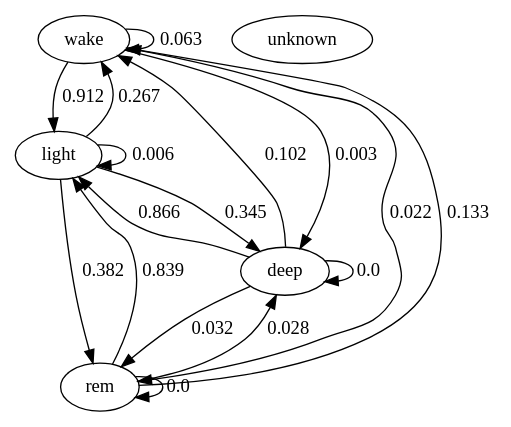
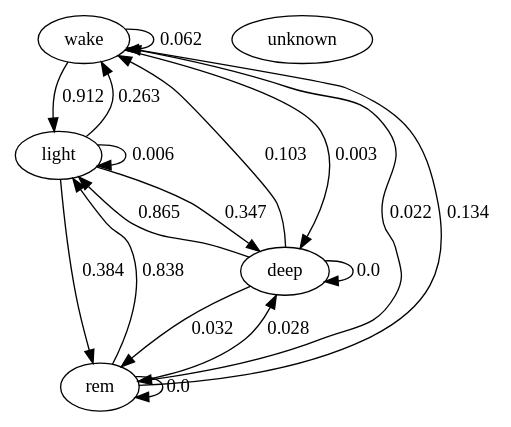
The diagram in outputs/graph_sleep_transitions.dot (slazien/fitbit_analysis), drawn with Graphviz before and after one commit. The commit also changed 3 other files, not shown here.

Commit message:
changed all graphs to plotly

```diff
--- a/outputs/graph_sleep_transitions.dot
+++ b/outputs/graph_sleep_transitions.dot
@@ -1,23 +1,23 @@
 digraph  {
 wake;
 light;
 rem;
 deep;
 unknown;
-wake -> wake  [key=0, label="0.063", weight="0.063"];
+wake -> wake  [key=0, label="0.062", weight="0.062"];
 wake -> light  [key=0, label="0.912", weight="0.912"];
 wake -> rem  [key=0, label="0.022", weight="0.022"];
 wake -> deep  [key=0, label="0.003", weight="0.003"];
-light -> wake  [key=0, label="0.267", weight="0.267"];
+light -> wake  [key=0, label="0.263", weight="0.263"];
 light -> light  [key=0, label="0.006", weight="0.006"];
-light -> rem  [key=0, label="0.382", weight="0.382"];
-light -> deep  [key=0, label="0.345", weight="0.345"];
-rem -> wake  [key=0, label="0.133", weight="0.133"];
-rem -> light  [key=0, label="0.839", weight="0.839"];
+light -> rem  [key=0, label="0.384", weight="0.384"];
+light -> deep  [key=0, label="0.347", weight="0.347"];
+rem -> wake  [key=0, label="0.134", weight="0.134"];
+rem -> light  [key=0, label="0.838", weight="0.838"];
 rem -> rem  [key=0, label="0.0", weight="0.0"];
 rem -> deep  [key=0, label="0.028", weight="0.028"];
-deep -> wake  [key=0, label="0.102", weight="0.102"];
-deep -> light  [key=0, label="0.866", weight="0.866"];
+deep -> wake  [key=0, label="0.103", weight="0.103"];
+deep -> light  [key=0, label="0.865", weight="0.865"];
 deep -> rem  [key=0, label="0.032", weight="0.032"];
 deep -> deep  [key=0, label="0.0", weight="0.0"];
 }
```
